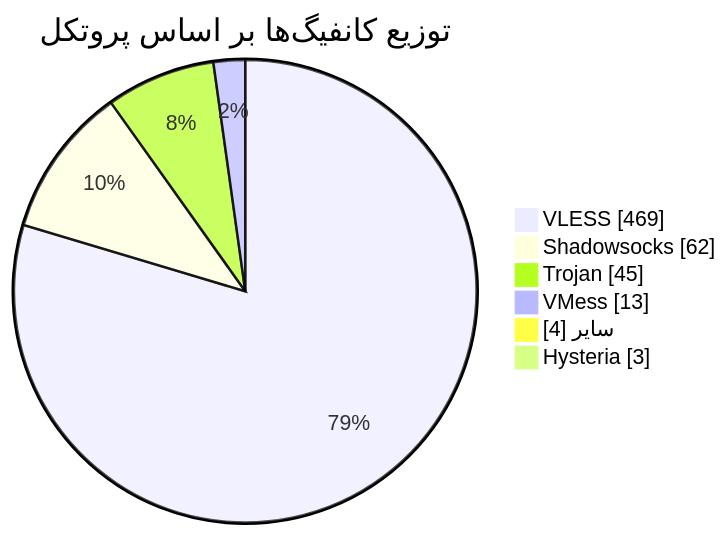
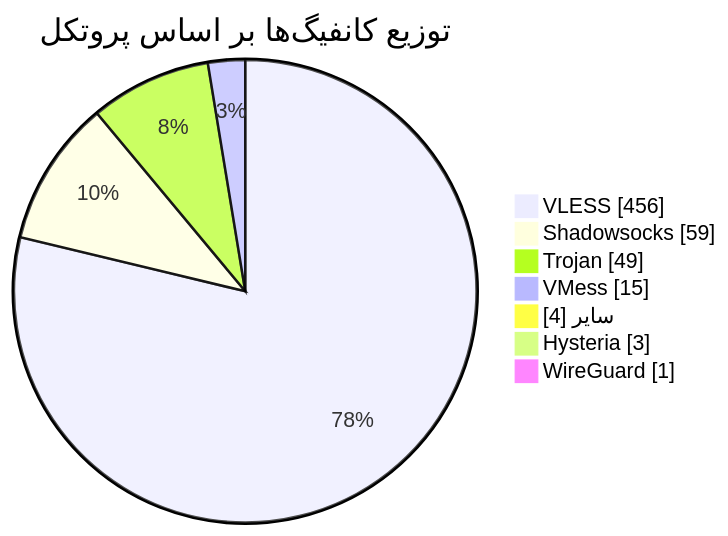
Before and after one commit to Arian-Alijani/Somthing: the diagram in README.md, drawn with Mermaid. The commit also changed other lines of this file and 19 other files, not shown here.

````diff
--- a/README.md
+++ b/README.md
@@ -48,10 +49,11 @@
 ```mermaid
 pie showData
     title توزیع کانفیگ‌ها بر اساس پروتکل
-    "VLESS" : 469
-    "Shadowsocks" : 62
-    "Trojan" : 45
-    "VMess" : 13
+    "VLESS" : 456
+    "Shadowsocks" : 59
+    "Trojan" : 49
+    "VMess" : 15
     "سایر" : 4
     "Hysteria" : 3
+    "WireGuard" : 1
 ```
````
